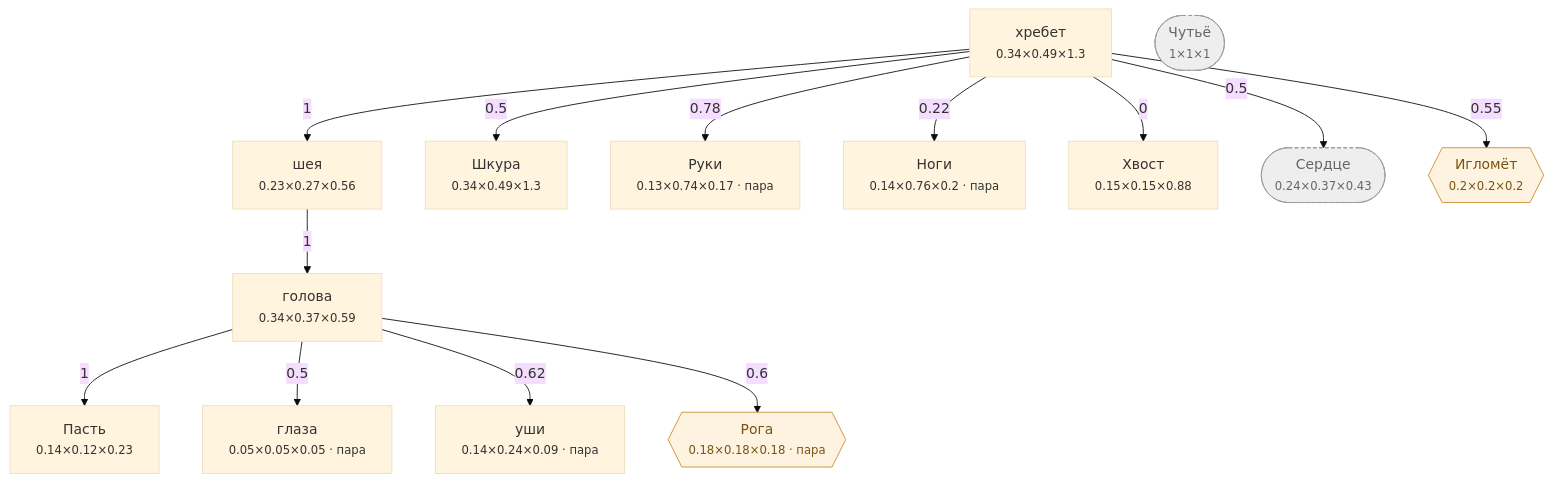
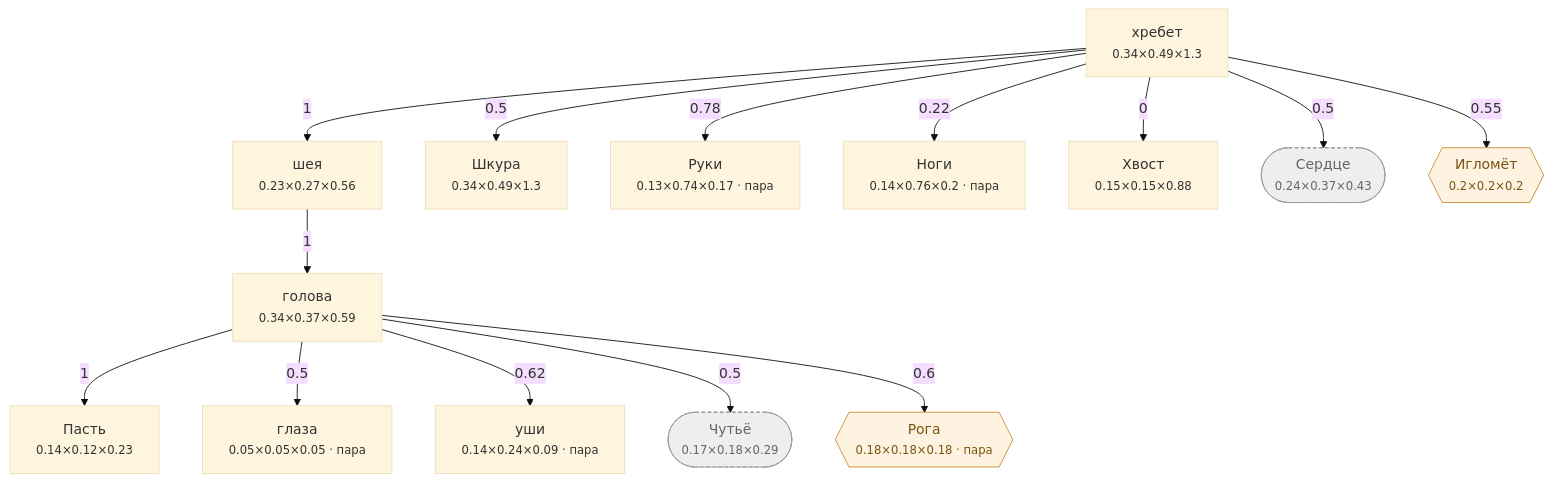
One commit to darklordshish/ChimeraEvolution-2026-06-26_15-29-59 changed the diagram in Docs/Диаграммы/Волк.md. Above: the diagram before and after it, drawn with Mermaid (base theme). The commit also changed other lines of this file and 8 other files, not shown here.

First line of the commit message:
Габарит цепи знает про наследование, схема печатает разрешённый калибр

````diff
--- a/Docs/Диаграммы/Волк.md
+++ b/Docs/Диаграммы/Волк.md
@@ -22,36 +22,37 @@
 ```mermaid
 flowchart TD
     n0["хребет<br/><small>0.34×0.49×1.3</small>"]
     n1["голова<br/><small>0.34×0.37×0.59</small>"]
     n2["Пасть<br/><small>0.14×0.12×0.23</small>"]
     n3["глаза<br/><small>0.05×0.05×0.05 · пара</small>"]
     n4["уши<br/><small>0.14×0.24×0.09 · пара</small>"]
     n5["шея<br/><small>0.23×0.27×0.56</small>"]
     n6["Шкура<br/><small>0.34×0.49×1.3</small>"]
     n7["Руки<br/><small>0.13×0.74×0.17 · пара</small>"]
     n8["Ноги<br/><small>0.14×0.76×0.2 · пара</small>"]
     n9["Хвост<br/><small>0.15×0.15×0.88</small>"]
     n10(["Сердце<br/><small>0.24×0.37×0.43</small>"])
-    n11(["Чутьё<br/><small>1×1×1</small>"])
+    n11(["Чутьё<br/><small>0.17×0.18×0.29</small>"])
     n12{{"Рога<br/><small>0.18×0.18×0.18 · пара</small>"}}
     n13{{"Игломёт<br/><small>0.2×0.2×0.2</small>"}}
 
     n5 -->|1| n1
     n1 -->|1| n2
     n1 -->|0.5| n3
     n1 -->|0.62| n4
     n0 -->|1| n5
     n0 -->|0.5| n6
     n0 -->|0.78| n7
     n0 -->|0.22| n8
     n0 -->|0| n9
     n0 -->|0.5| n10
+    n1 -->|0.5| n11
     n1 -->|0.6| n12
     n0 -->|0.55| n13
 
     classDef hid fill:#eee,stroke:#999,stroke-dasharray:4 3,color:#666
     classDef gr fill:#fdf3e0,stroke:#c98a2b,color:#7a5310
     classDef ch fill:#e8f2ff,stroke:#3b74c4,color:#1c3f70
     class n10,n11 hid
     class n12,n13 gr
 ```
````
